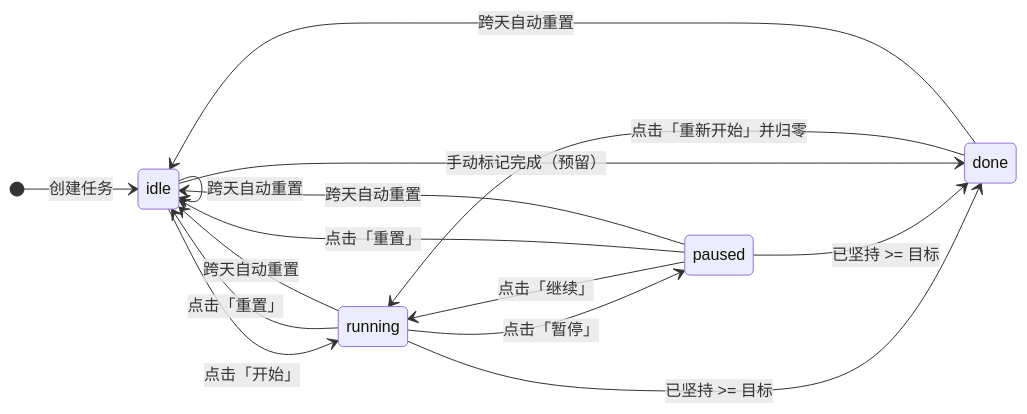
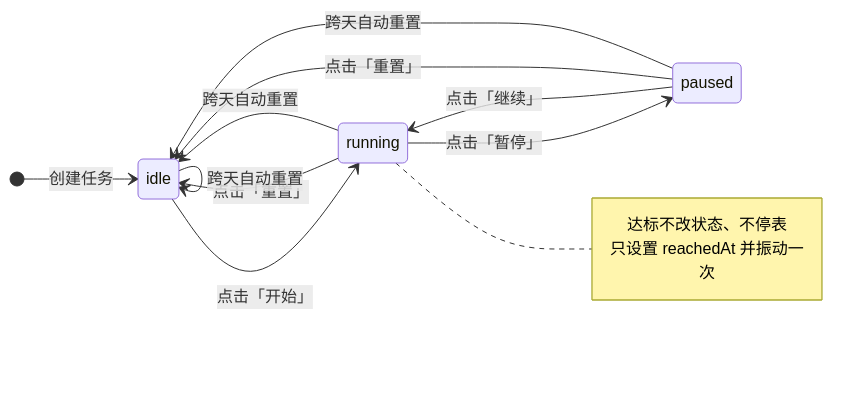
One commit to Jiatian-Yu/XiaomiBand-TimeManger changed the fourth of 11 diagrams in architecture.md. Above: the diagram before and after it, drawn with Mermaid. The commit also changed other lines of this file and 12 other files, not shown here.

````diff
--- a/architecture.md
+++ b/architecture.md
@@ -311,20 +322,20 @@
 ```mermaid
 stateDiagram-v2
     direction LR
     [*] --> idle : 创建任务
 
     idle --> running : 点击「开始」
     running --> paused : 点击「暂停」
     paused --> running : 点击「继续」
+    running --> idle : 点击「重置」
     paused --> idle : 点击「重置」
-    running --> idle : 点击「重置」
-    running --> done : 已坚持 >= 目标
-    paused --> done : 已坚持 >= 目标
-    done --> running : 点击「重新开始」并归零
-    idle --> done : 手动标记完成（预留）
 
     idle --> idle : 跨天自动重置
     running --> idle : 跨天自动重置
     paused --> idle : 跨天自动重置
-    done --> idle : 跨天自动重置
+
+    note right of running
+        达标不改状态、不停表
+        只设置 reachedAt 并振动一次
+    end note
 ```
````
